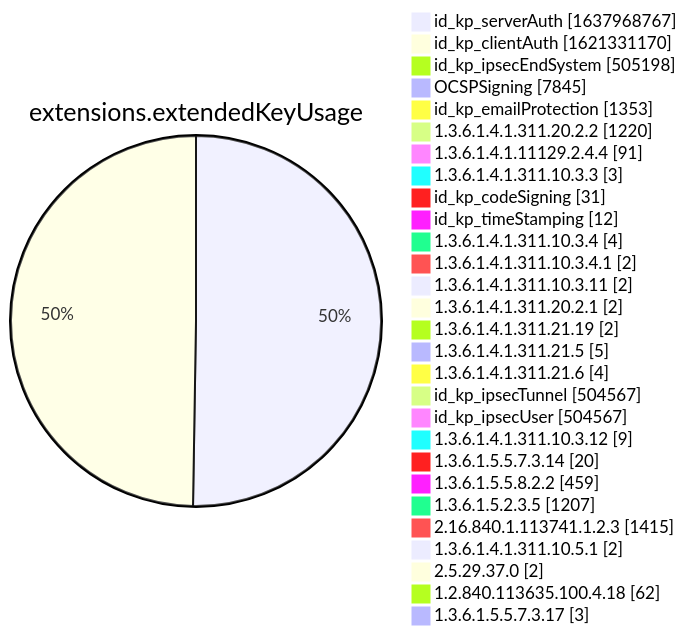
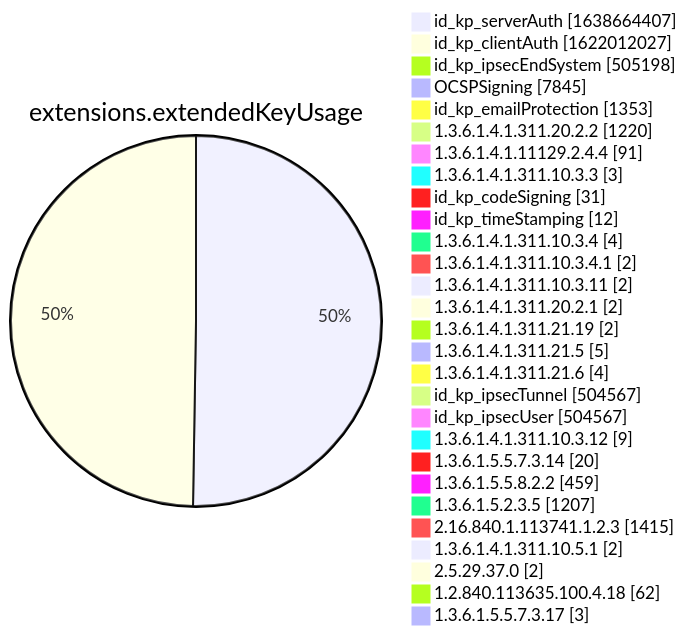
Diagram 12 of 15 in xenon2022/README.md (christiankrug/ctmonitor_visualization), drawn with Mermaid before and after one commit. The commit also changed other lines of this file, not shown here.

````diff
--- a/xenon2022/README.md
+++ b/xenon2022/README.md
@@ -3886,32 +3886,32 @@
 ```mermaid
 pie showData
 title extensions.extendedKeyUsage
-"id_kp_serverAuth" :1637968767
-"id_kp_clientAuth" :1621331170
+"id_kp_serverAuth" :1638664407
+"id_kp_clientAuth" :1622012027
 "id_kp_ipsecEndSystem" :505198
 "OCSPSigning" :7845
 "id_kp_emailProtection" :1353
 "1.3.6.1.4.1.311.20.2.2" :1220
 "1.3.6.1.4.1.11129.2.4.4" :91
 "1.3.6.1.4.1.311.10.3.3" :3
 "id_kp_codeSigning" :31
 "id_kp_timeStamping" :12
 "1.3.6.1.4.1.311.10.3.4" :4
 "1.3.6.1.4.1.311.10.3.4.1" :2
 "1.3.6.1.4.1.311.10.3.11" :2
 "1.3.6.1.4.1.311.20.2.1" :2
 "1.3.6.1.4.1.311.21.19" :2
 "1.3.6.1.4.1.311.21.5" :5
 "1.3.6.1.4.1.311.21.6" :4
 "id_kp_ipsecTunnel" :504567
 "id_kp_ipsecUser" :504567
 "1.3.6.1.4.1.311.10.3.12" :9
 "1.3.6.1.5.5.7.3.14" :20
 "1.3.6.1.5.5.8.2.2" :459
 "1.3.6.1.5.2.3.5" :1207
 "2.16.840.1.113741.1.2.3" :1415
 "1.3.6.1.4.1.311.10.5.1" :2
 "2.5.29.37.0" :2
 "1.2.840.113635.100.4.18" :62
 "1.3.6.1.5.5.7.3.17" :3
 ```
````
